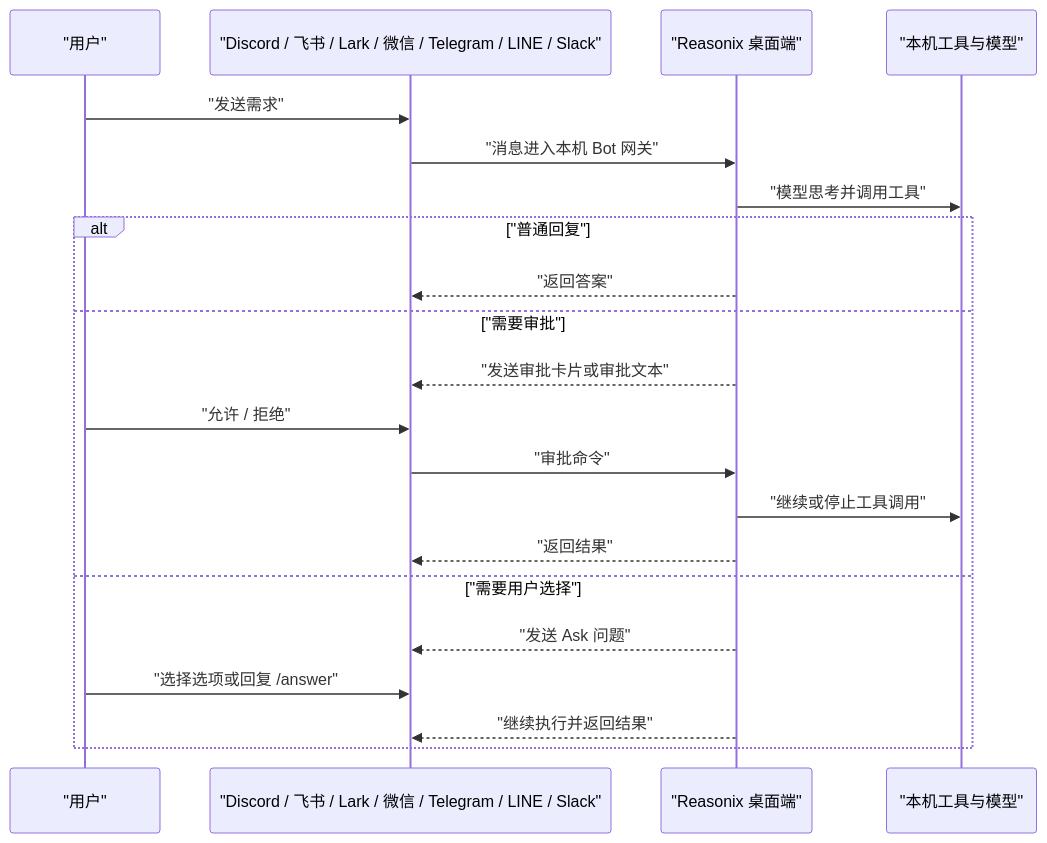
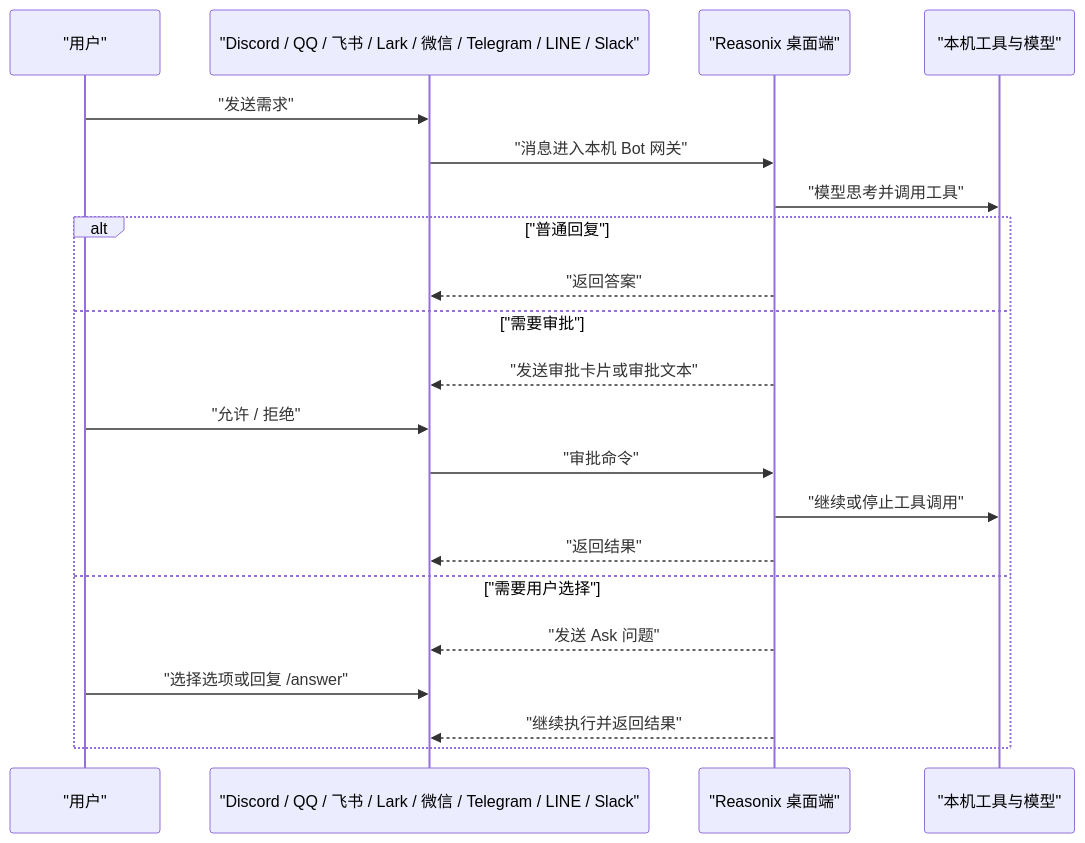
One commit to aliatx2017/reasonix-hermes changed the second of 3 diagrams in docs/BOT_GUIDE.zh-CN.md. Above: the diagram before and after it, drawn with Mermaid. The commit also changed other lines of this file and 11 other files, not shown here.

````diff
--- a/docs/BOT_GUIDE.zh-CN.md
+++ b/docs/BOT_GUIDE.zh-CN.md
@@ -139,24 +139,24 @@
 ```mermaid
 sequenceDiagram
   participant U as "用户"
-  participant IM as "Discord / 飞书 / Lark / 微信 / Telegram / LINE / Slack"
+  participant IM as "Discord / QQ / 飞书 / Lark / 微信 / Telegram / LINE / Slack"
   participant R as "Reasonix 桌面端"
   participant T as "本机工具与模型"
 
   U->>IM: "发送需求"
   IM->>R: "消息进入本机 Bot 网关"
   R->>T: "模型思考并调用工具"
   alt "普通回复"
     R-->>IM: "返回答案"
   else "需要审批"
     R-->>IM: "发送审批卡片或审批文本"
     U->>IM: "允许 / 拒绝"
     IM->>R: "审批命令"
     R->>T: "继续或停止工具调用"
     R-->>IM: "返回结果"
   else "需要用户选择"
     R-->>IM: "发送 Ask 问题"
     U->>IM: "选择选项或回复 /answer"
     R-->>IM: "继续执行并返回结果"
   end
 ```
````
